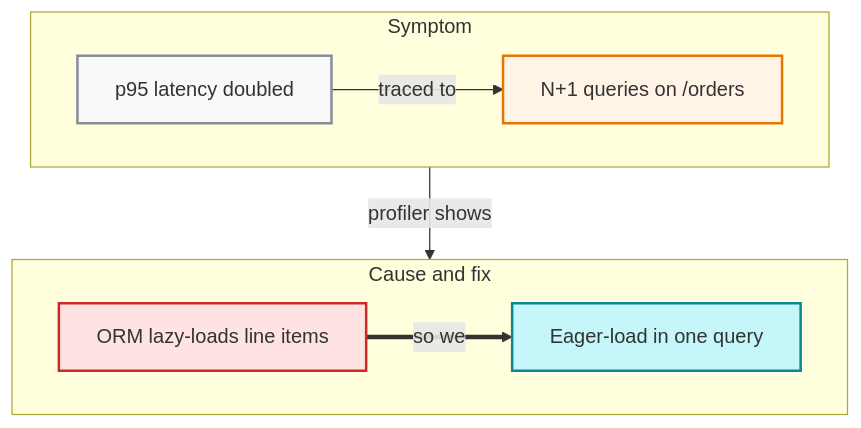
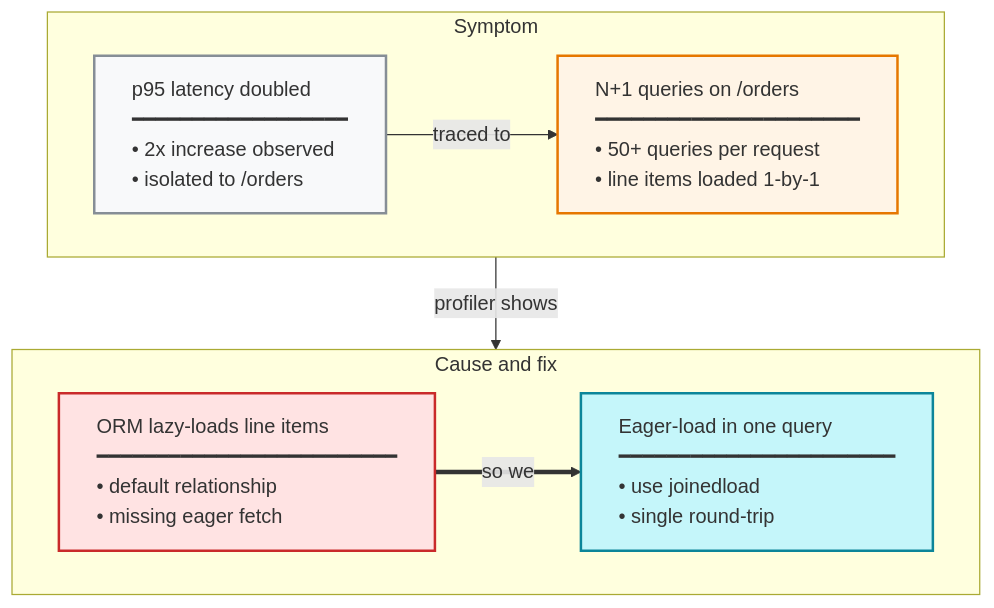
The diagram in loom-workflow/skills/loom-visualization/templates/04-reasoning-chain.md (kouko/loom-plugins), drawn with Mermaid before and after one commit. The commit also changed other lines of this file and 38 other files, not shown here.

````diff
--- a/loom-workflow/skills/loom-visualization/templates/04-reasoning-chain.md
+++ b/loom-workflow/skills/loom-visualization/templates/04-reasoning-chain.md
@@ -56,16 +68,16 @@
 ```mermaid
 flowchart TD
     subgraph r1["Symptom"]
         direction LR
-        A["p95 latency doubled"] -->|"traced to"| B["N+1 queries on /orders"]
+        A[<div style='text-align:left'>p95 latency doubled<br/>━━━━━━━━━━━━━━━━━━<br/>• 2x increase observed<br/>• isolated to /orders</div>] -->|"traced to"| B[<div style='text-align:left'>N+1 queries on /orders<br/>━━━━━━━━━━━━━━━━━━━━━━<br/>• 50+ queries per request<br/>• line items loaded 1-by-1</div>]
     end
     subgraph r2["Cause and fix"]
         direction LR
-        C["ORM lazy-loads line items"] ==>|"so we"| D["Eager-load in one query"]
+        C[<div style='text-align:left'>ORM lazy-loads line items<br/>━━━━━━━━━━━━━━━━━━━━━━━━━<br/>• default relationship<br/>• missing eager fetch</div>] ==>|"so we"| D[<div style='text-align:left'>Eager-load in one query<br/>━━━━━━━━━━━━━━━━━━━━━━━<br/>• use joinedload<br/>• single round-trip</div>]
     end
     r1 -->|"profiler shows"| r2
     style A fill:#f8f9fa,stroke:#868e96,stroke-width:2px
     style B fill:#fff4e6,stroke:#e67700,stroke-width:2px
     style C fill:#ffe3e3,stroke:#c92a2a,stroke-width:2px
     style D fill:#c5f6fa,stroke:#0c8599,stroke-width:2px
 ```
````
